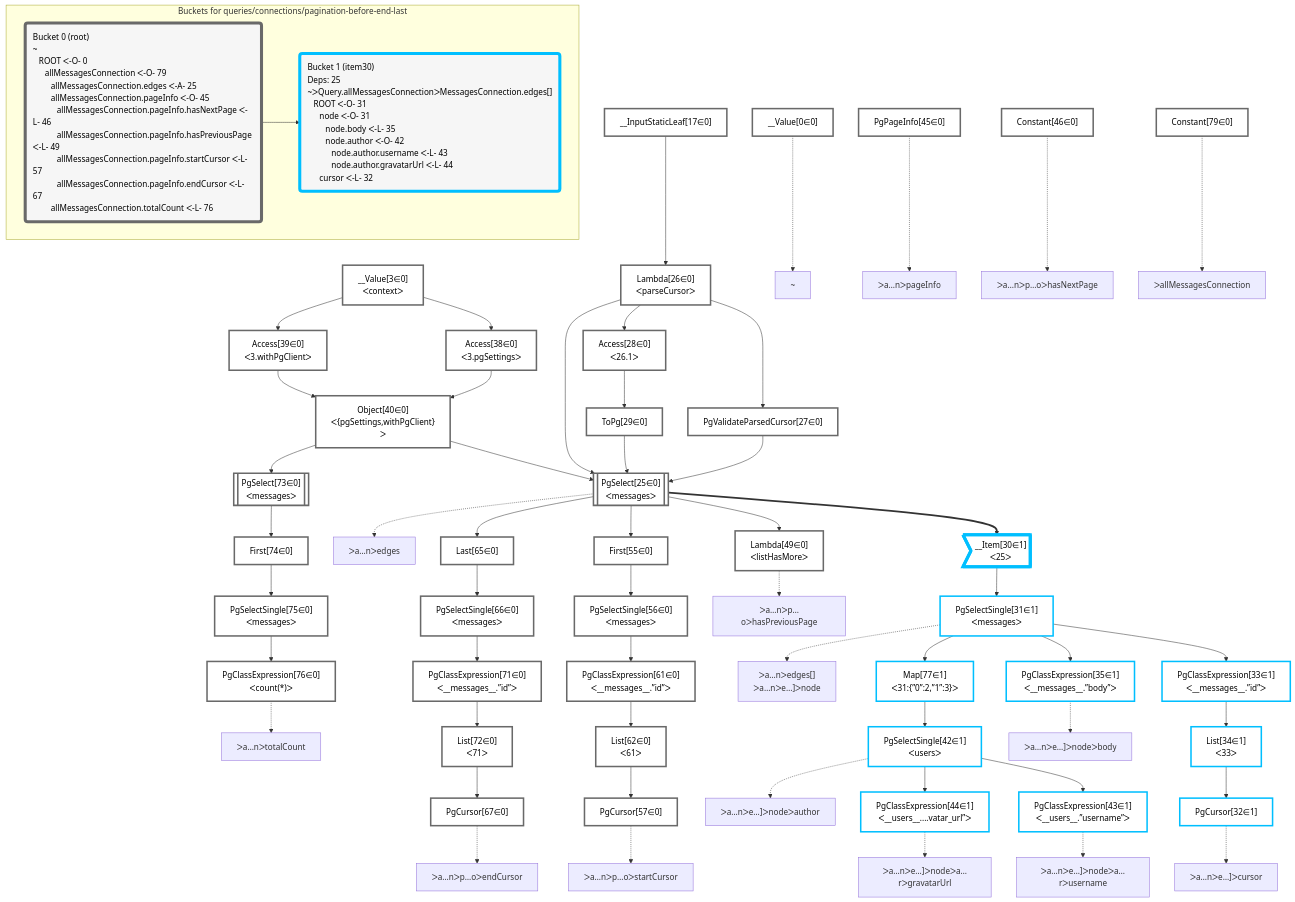
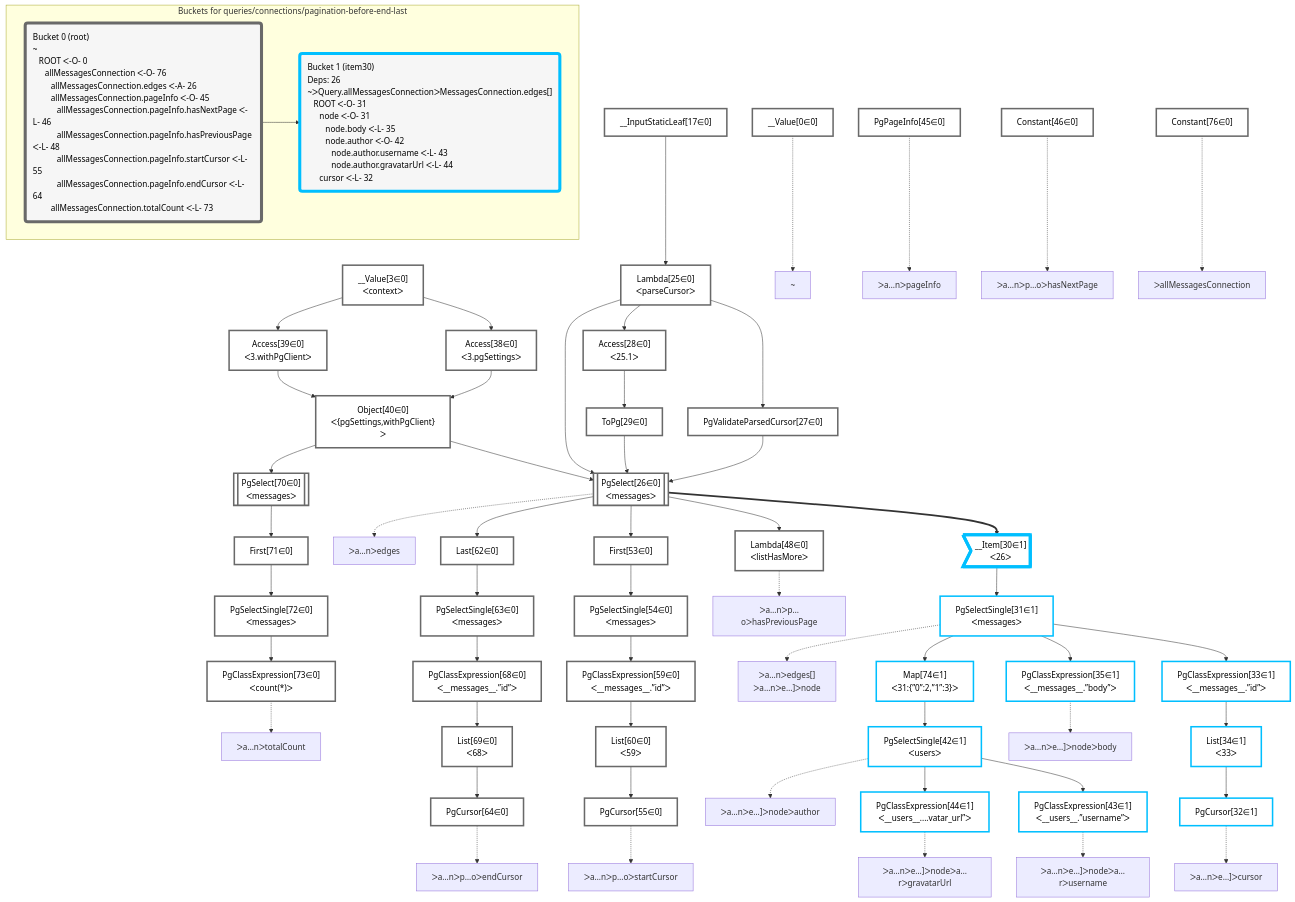
The diagram in packages/dataplan-pg/__tests__/queries/connections/pagination-before-end-last.mermaid (graphile/crystal), drawn with Mermaid before and after one commit. The commit also changed 11 other files, not shown here.

```diff
--- a/packages/dataplan-pg/__tests__/queries/connections/pagination-before-end-last.mermaid
+++ b/packages/dataplan-pg/__tests__/queries/connections/pagination-before-end-last.mermaid
@@ -1,125 +1,125 @@
 graph TD
     classDef path fill:#eee,stroke:#000,color:#000
     classDef plan fill:#fff,stroke-width:3px,color:#000
     classDef itemplan fill:#fff,stroke-width:6px,color:#000
     classDef sideeffectplan fill:#f00,stroke-width:6px,color:#000
     classDef bucket fill:#f6f6f6,color:#000,stroke-width:6px,text-align:left
 
 
     %% define plans
     __Value0["__Value[0∈0]"]:::plan
     __Value3["__Value[3∈0]<br />ᐸcontextᐳ"]:::plan
     __InputStaticLeaf17["__InputStaticLeaf[17∈0]"]:::plan
     Access38["Access[38∈0]<br />ᐸ3.pgSettingsᐳ"]:::plan
     Access39["Access[39∈0]<br />ᐸ3.withPgClientᐳ"]:::plan
     Object40["Object[40∈0]<br />ᐸ{pgSettings,withPgClient}ᐳ"]:::plan
-    Constant79["Constant[79∈0]"]:::plan
-    Lambda26["Lambda[26∈0]<br />ᐸparseCursorᐳ"]:::plan
+    Constant76["Constant[76∈0]"]:::plan
+    Lambda25["Lambda[25∈0]<br />ᐸparseCursorᐳ"]:::plan
     PgValidateParsedCursor27["PgValidateParsedCursor[27∈0]"]:::plan
-    Access28["Access[28∈0]<br />ᐸ26.1ᐳ"]:::plan
+    Access28["Access[28∈0]<br />ᐸ25.1ᐳ"]:::plan
     ToPg29["ToPg[29∈0]"]:::plan
-    PgSelect25[["PgSelect[25∈0]<br />ᐸmessagesᐳ"]]:::plan
-    __Item30>"__Item[30∈1]<br />ᐸ25ᐳ"]:::itemplan
+    PgSelect26[["PgSelect[26∈0]<br />ᐸmessagesᐳ"]]:::plan
+    __Item30>"__Item[30∈1]<br />ᐸ26ᐳ"]:::itemplan
     PgSelectSingle31["PgSelectSingle[31∈1]<br />ᐸmessagesᐳ"]:::plan
     PgClassExpression33["PgClassExpression[33∈1]<br />ᐸ__messages__.”id”ᐳ"]:::plan
     List34["List[34∈1]<br />ᐸ33ᐳ"]:::plan
     PgCursor32["PgCursor[32∈1]"]:::plan
     PgClassExpression35["PgClassExpression[35∈1]<br />ᐸ__messages__.”body”ᐳ"]:::plan
-    Map77["Map[77∈1]<br />ᐸ31:{”0”:2,”1”:3}ᐳ"]:::plan
+    Map74["Map[74∈1]<br />ᐸ31:{”0”:2,”1”:3}ᐳ"]:::plan
     PgSelectSingle42["PgSelectSingle[42∈1]<br />ᐸusersᐳ"]:::plan
     PgClassExpression43["PgClassExpression[43∈1]<br />ᐸ__users__.”username”ᐳ"]:::plan
     PgClassExpression44["PgClassExpression[44∈1]<br />ᐸ__users__....vatar_url”ᐳ"]:::plan
     PgPageInfo45["PgPageInfo[45∈0]"]:::plan
     Constant46["Constant[46∈0]"]:::plan
-    Lambda49["Lambda[49∈0]<br />ᐸlistHasMoreᐳ"]:::plan
-    First55["First[55∈0]"]:::plan
-    PgSelectSingle56["PgSelectSingle[56∈0]<br />ᐸmessagesᐳ"]:::plan
-    PgClassExpression61["PgClassExpression[61∈0]<br />ᐸ__messages__.”id”ᐳ"]:::plan
-    List62["List[62∈0]<br />ᐸ61ᐳ"]:::plan
-    PgCursor57["PgCursor[57∈0]"]:::plan
-    Last65["Last[65∈0]"]:::plan
-    PgSelectSingle66["PgSelectSingle[66∈0]<br />ᐸmessagesᐳ"]:::plan
-    PgClassExpression71["PgClassExpression[71∈0]<br />ᐸ__messages__.”id”ᐳ"]:::plan
-    List72["List[72∈0]<br />ᐸ71ᐳ"]:::plan
-    PgCursor67["PgCursor[67∈0]"]:::plan
-    PgSelect73[["PgSelect[73∈0]<br />ᐸmessagesᐳ"]]:::plan
-    First74["First[74∈0]"]:::plan
-    PgSelectSingle75["PgSelectSingle[75∈0]<br />ᐸmessagesᐳ"]:::plan
-    PgClassExpression76["PgClassExpression[76∈0]<br />ᐸcount(*)ᐳ"]:::plan
+    Lambda48["Lambda[48∈0]<br />ᐸlistHasMoreᐳ"]:::plan
+    First53["First[53∈0]"]:::plan
+    PgSelectSingle54["PgSelectSingle[54∈0]<br />ᐸmessagesᐳ"]:::plan
+    PgClassExpression59["PgClassExpression[59∈0]<br />ᐸ__messages__.”id”ᐳ"]:::plan
+    List60["List[60∈0]<br />ᐸ59ᐳ"]:::plan
+    PgCursor55["PgCursor[55∈0]"]:::plan
+    Last62["Last[62∈0]"]:::plan
+    PgSelectSingle63["PgSelectSingle[63∈0]<br />ᐸmessagesᐳ"]:::plan
+    PgClassExpression68["PgClassExpression[68∈0]<br />ᐸ__messages__.”id”ᐳ"]:::plan
+    List69["List[69∈0]<br />ᐸ68ᐳ"]:::plan
+    PgCursor64["PgCursor[64∈0]"]:::plan
+    PgSelect70[["PgSelect[70∈0]<br />ᐸmessagesᐳ"]]:::plan
+    First71["First[71∈0]"]:::plan
+    PgSelectSingle72["PgSelectSingle[72∈0]<br />ᐸmessagesᐳ"]:::plan
+    PgClassExpression73["PgClassExpression[73∈0]<br />ᐸcount(*)ᐳ"]:::plan
 
     %% plan dependencies
     __Value3 --> Access38
     __Value3 --> Access39
     Access38 & Access39 --> Object40
-    __InputStaticLeaf17 --> Lambda26
-    Lambda26 --> PgValidateParsedCursor27
-    Lambda26 --> Access28
+    __InputStaticLeaf17 --> Lambda25
+    Lambda25 --> PgValidateParsedCursor27
+    Lambda25 --> Access28
     Access28 --> ToPg29
-    Object40 & Lambda26 & PgValidateParsedCursor27 & ToPg29 --> PgSelect25
-    PgSelect25 ==> __Item30
+    Object40 & Lambda25 & PgValidateParsedCursor27 & ToPg29 --> PgSelect26
+    PgSelect26 ==> __Item30
     __Item30 --> PgSelectSingle31
     PgSelectSingle31 --> PgClassExpression33
     PgClassExpression33 --> List34
     List34 --> PgCursor32
     PgSelectSingle31 --> PgClassExpression35
-    PgSelectSingle31 --> Map77
-    Map77 --> PgSelectSingle42
+    PgSelectSingle31 --> Map74
+    Map74 --> PgSelectSingle42
     PgSelectSingle42 --> PgClassExpression43
     PgSelectSingle42 --> PgClassExpression44
-    PgSelect25 --> Lambda49
-    PgSelect25 --> First55
-    First55 --> PgSelectSingle56
-    PgSelectSingle56 --> PgClassExpression61
-    PgClassExpression61 --> List62
-    List62 --> PgCursor57
-    PgSelect25 --> Last65
-    Last65 --> PgSelectSingle66
-    PgSelectSingle66 --> PgClassExpression71
-    PgClassExpression71 --> List72
-    List72 --> PgCursor67
-    Object40 --> PgSelect73
-    PgSelect73 --> First74
-    First74 --> PgSelectSingle75
-    PgSelectSingle75 --> PgClassExpression76
+    PgSelect26 --> Lambda48
+    PgSelect26 --> First53
+    First53 --> PgSelectSingle54
+    PgSelectSingle54 --> PgClassExpression59
+    PgClassExpression59 --> List60
+    List60 --> PgCursor55
+    PgSelect26 --> Last62
+    Last62 --> PgSelectSingle63
+    PgSelectSingle63 --> PgClassExpression68
+    PgClassExpression68 --> List69
+    List69 --> PgCursor64
+    Object40 --> PgSelect70
+    PgSelect70 --> First71
+    First71 --> PgSelectSingle72
+    PgSelectSingle72 --> PgClassExpression73
 
     %% plan-to-path relationships
     P0["~"]
     __Value0 -.-> P0
-    P25["ᐳa…nᐳedges"]
-    PgSelect25 -.-> P25
+    P26["ᐳa…nᐳedges"]
+    PgSelect26 -.-> P26
     P31["ᐳa…nᐳedges[]<br />ᐳa…nᐳe…]ᐳnode"]
     PgSelectSingle31 -.-> P31
     P32["ᐳa…nᐳe…]ᐳcursor"]
     PgCursor32 -.-> P32
     P35["ᐳa…nᐳe…]ᐳnodeᐳbody"]
     PgClassExpression35 -.-> P35
     P42["ᐳa…nᐳe…]ᐳnodeᐳauthor"]
     PgSelectSingle42 -.-> P42
     P43["ᐳa…nᐳe…]ᐳnodeᐳa…rᐳusername"]
     PgClassExpression43 -.-> P43
     P44["ᐳa…nᐳe…]ᐳnodeᐳa…rᐳgravatarUrl"]
     PgClassExpression44 -.-> P44
     P45["ᐳa…nᐳpageInfo"]
     PgPageInfo45 -.-> P45
     P46["ᐳa…nᐳp…oᐳhasNextPage"]
     Constant46 -.-> P46
-    P49["ᐳa…nᐳp…oᐳhasPreviousPage"]
-    Lambda49 -.-> P49
-    P57["ᐳa…nᐳp…oᐳstartCursor"]
-    PgCursor57 -.-> P57
-    P67["ᐳa…nᐳp…oᐳendCursor"]
-    PgCursor67 -.-> P67
-    P76["ᐳa…nᐳtotalCount"]
-    PgClassExpression76 -.-> P76
-    P79["ᐳallMessagesConnection"]
-    Constant79 -.-> P79
+    P48["ᐳa…nᐳp…oᐳhasPreviousPage"]
+    Lambda48 -.-> P48
+    P55["ᐳa…nᐳp…oᐳstartCursor"]
+    PgCursor55 -.-> P55
+    P64["ᐳa…nᐳp…oᐳendCursor"]
+    PgCursor64 -.-> P64
+    P73["ᐳa…nᐳtotalCount"]
+    PgClassExpression73 -.-> P73
+    P76["ᐳallMessagesConnection"]
+    Constant76 -.-> P76
 
     subgraph "Buckets for queries/connections/pagination-before-end-last"
-    Bucket0("Bucket 0 (root)<br />~<br />⠀ROOT ᐸ-O- 0<br />⠀⠀allMessagesConnection ᐸ-O- 79<br />⠀⠀⠀allMessagesConnection.edges ᐸ-A- 25<br />⠀⠀⠀allMessagesConnection.pageInfo ᐸ-O- 45<br />⠀⠀⠀⠀allMessagesConnection.pageInfo.hasNextPage ᐸ-L- 46<br />⠀⠀⠀⠀allMessagesConnection.pageInfo.hasPreviousPage ᐸ-L- 49<br />⠀⠀⠀⠀allMessagesConnection.pageInfo.startCursor ᐸ-L- 57<br />⠀⠀⠀⠀allMessagesConnection.pageInfo.endCursor ᐸ-L- 67<br />⠀⠀⠀allMessagesConnection.totalCount ᐸ-L- 76"):::bucket
+    Bucket0("Bucket 0 (root)<br />~<br />⠀ROOT ᐸ-O- 0<br />⠀⠀allMessagesConnection ᐸ-O- 76<br />⠀⠀⠀allMessagesConnection.edges ᐸ-A- 26<br />⠀⠀⠀allMessagesConnection.pageInfo ᐸ-O- 45<br />⠀⠀⠀⠀allMessagesConnection.pageInfo.hasNextPage ᐸ-L- 46<br />⠀⠀⠀⠀allMessagesConnection.pageInfo.hasPreviousPage ᐸ-L- 48<br />⠀⠀⠀⠀allMessagesConnection.pageInfo.startCursor ᐸ-L- 55<br />⠀⠀⠀⠀allMessagesConnection.pageInfo.endCursor ᐸ-L- 64<br />⠀⠀⠀allMessagesConnection.totalCount ᐸ-L- 73"):::bucket
     classDef bucket0 stroke:#696969
-    class Bucket0,__Value0,__Value3,__InputStaticLeaf17,PgSelect25,Lambda26,PgValidateParsedCursor27,Access28,ToPg29,Access38,Access39,Object40,PgPageInfo45,Constant46,Lambda49,First55,PgSelectSingle56,PgCursor57,PgClassExpression61,List62,Last65,PgSelectSingle66,PgCursor67,PgClassExpression71,List72,PgSelect73,First74,PgSelectSingle75,PgClassExpression76,Constant79 bucket0
-    Bucket1("Bucket 1 (item30)<br />Deps: 25<br />~ᐳQuery.allMessagesConnectionᐳMessagesConnection.edges[]<br />⠀ROOT ᐸ-O- 31<br />⠀⠀node ᐸ-O- 31<br />⠀⠀⠀node.body ᐸ-L- 35<br />⠀⠀⠀node.author ᐸ-O- 42<br />⠀⠀⠀⠀node.author.username ᐸ-L- 43<br />⠀⠀⠀⠀node.author.gravatarUrl ᐸ-L- 44<br />⠀⠀cursor ᐸ-L- 32"):::bucket
+    class Bucket0,__Value0,__Value3,__InputStaticLeaf17,Lambda25,PgSelect26,PgValidateParsedCursor27,Access28,ToPg29,Access38,Access39,Object40,PgPageInfo45,Constant46,Lambda48,First53,PgSelectSingle54,PgCursor55,PgClassExpression59,List60,Last62,PgSelectSingle63,PgCursor64,PgClassExpression68,List69,PgSelect70,First71,PgSelectSingle72,PgClassExpression73,Constant76 bucket0
+    Bucket1("Bucket 1 (item30)<br />Deps: 26<br />~ᐳQuery.allMessagesConnectionᐳMessagesConnection.edges[]<br />⠀ROOT ᐸ-O- 31<br />⠀⠀node ᐸ-O- 31<br />⠀⠀⠀node.body ᐸ-L- 35<br />⠀⠀⠀node.author ᐸ-O- 42<br />⠀⠀⠀⠀node.author.username ᐸ-L- 43<br />⠀⠀⠀⠀node.author.gravatarUrl ᐸ-L- 44<br />⠀⠀cursor ᐸ-L- 32"):::bucket
     classDef bucket1 stroke:#00bfff
-    class Bucket1,__Item30,PgSelectSingle31,PgCursor32,PgClassExpression33,List34,PgClassExpression35,PgSelectSingle42,PgClassExpression43,PgClassExpression44,Map77 bucket1
+    class Bucket1,__Item30,PgSelectSingle31,PgCursor32,PgClassExpression33,List34,PgClassExpression35,PgSelectSingle42,PgClassExpression43,PgClassExpression44,Map74 bucket1
     Bucket0 --> Bucket1
     end
```
